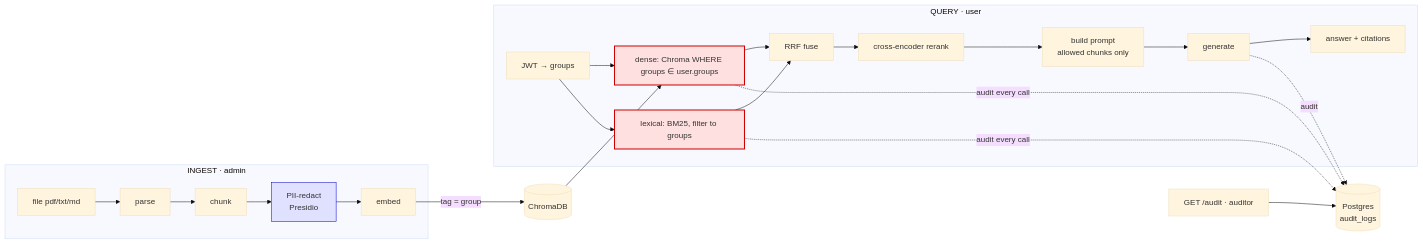
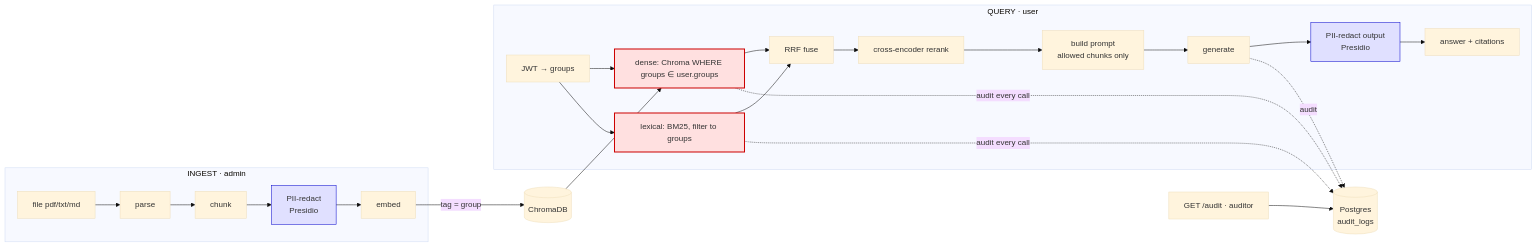
The diagram in README.md (wteja/rag-compliance-engine), drawn with Mermaid (base theme) before and after one commit. The commit also changed other lines of this file, not shown here.

Commit message:
docs: document output-side PII redaction and fresh-DB reset

````diff
--- a/README.md
+++ b/README.md
@@ -20,23 +23,24 @@
 ```mermaid
 flowchart LR
     subgraph ingest["INGEST · admin"]
         F[file pdf/txt/md] --> P[parse] --> C[chunk] --> R[PII-redact<br/>Presidio] --> E1[embed]
     end
     subgraph query["QUERY · user"]
         J[JWT → groups] --> DENSE[dense: Chroma WHERE groups ∈ user.groups]
         J --> LEX[lexical: BM25, filter to groups]
         DENSE --> FUSE[RRF fuse]
         LEX --> FUSE
-        FUSE --> RR[cross-encoder rerank] --> PR[build prompt<br/>allowed chunks only] --> G[generate] --> ANS[answer + citations]
+        FUSE --> RR[cross-encoder rerank] --> PR[build prompt<br/>allowed chunks only] --> G[generate] --> OR[PII-redact output<br/>Presidio] --> ANS[answer + citations]
     end
     E1 -->|tag = group| DB[(ChromaDB)]
     DB --> DENSE
     DENSE -.audit every call.-> LOG[(Postgres<br/>audit_logs)]
     LEX -.audit every call.-> LOG
     G -.audit.-> LOG
     A[GET /audit · auditor] --> LOG
 
     style DENSE fill:#ffe0e0,stroke:#c00,stroke-width:2px
     style LEX fill:#ffe0e0,stroke:#c00,stroke-width:2px
     style R fill:#e0e0ff,stroke:#00c
+    style OR fill:#e0e0ff,stroke:#00c
 ```
````
